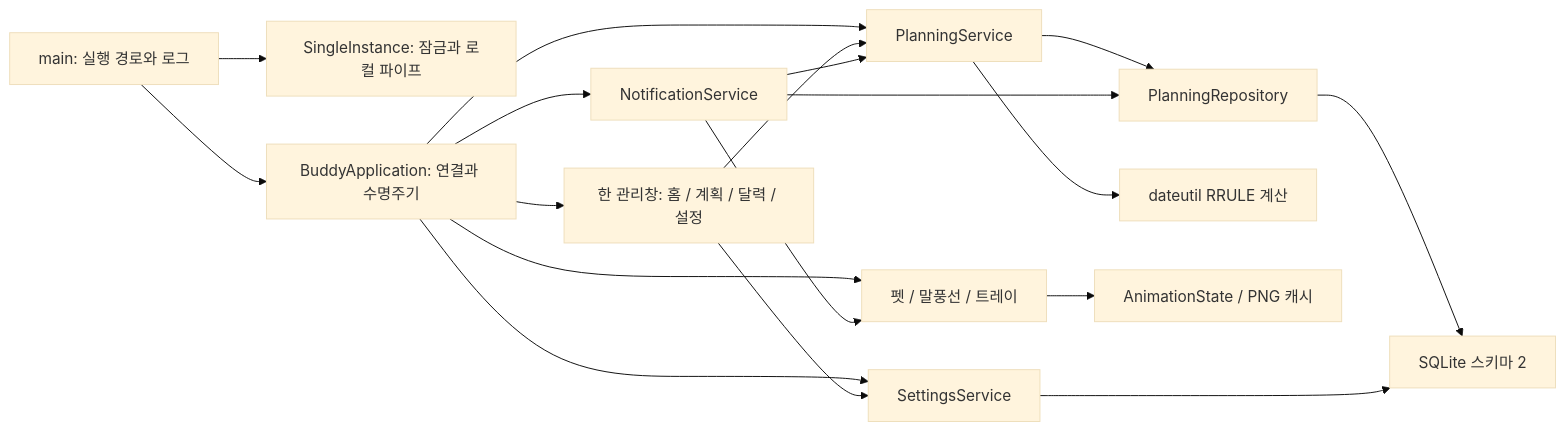
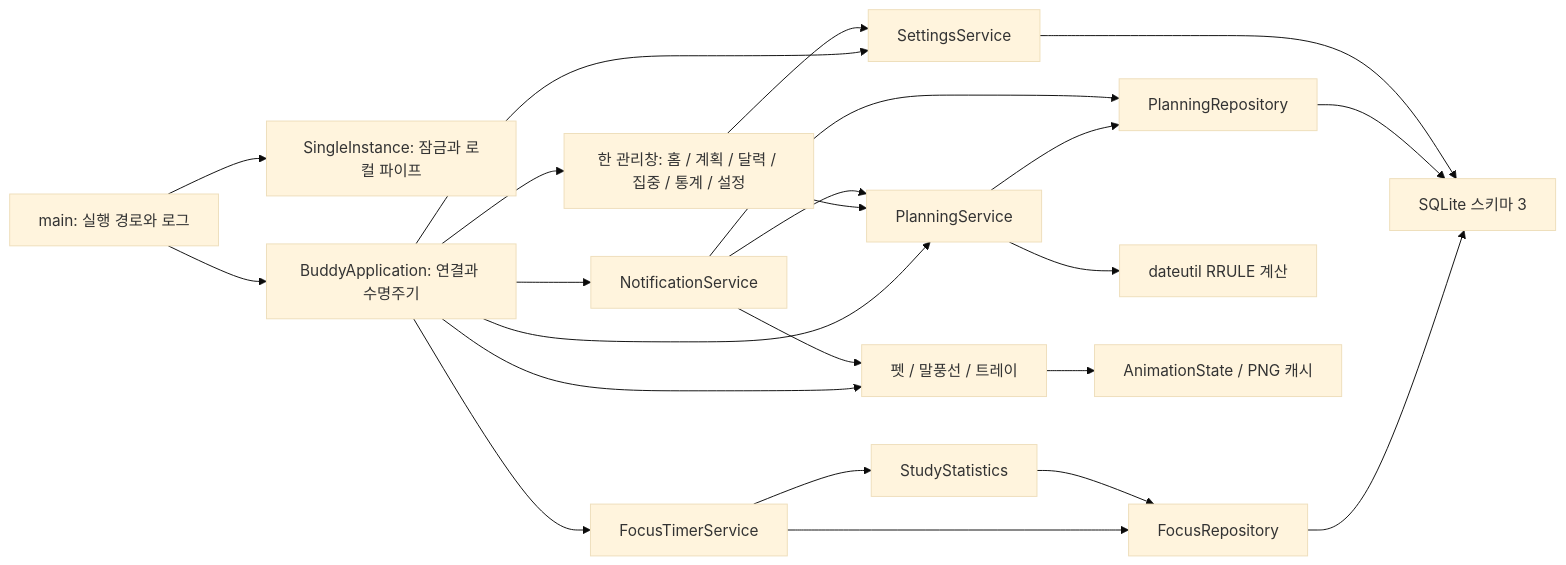
The diagram in ARCHITECTURE.md (ksmin4347/Chiikawa_buddy), drawn with Mermaid (base theme) before and after one commit. The commit also changed other lines of this file and 21 other files, not shown here.

````diff
--- a/ARCHITECTURE.md
+++ b/ARCHITECTURE.md
@@ -5,20 +5,25 @@
 ```mermaid
 flowchart LR
     Main[main: 실행 경로와 로그] --> Guard[SingleInstance: 잠금과 로컬 파이프]
     Main --> App[BuddyApplication: 연결과 수명주기]
     App --> Settings[SettingsService]
     App --> Planning[PlanningService]
     App --> Notifications[NotificationService]
-    App --> Views[한 관리창: 홈 / 계획 / 달력 / 설정]
+    App --> Focus[FocusTimerService]
+    Focus --> Stats[StudyStatistics]
+    Focus --> FocusRepo[FocusRepository]
+    Stats --> FocusRepo
+    FocusRepo --> DB
+    App --> Views[한 관리창: 홈 / 계획 / 달력 / 집중 / 통계 / 설정]
     App --> Pet[펫 / 말풍선 / 트레이]
     Views --> Settings
     Views --> Planning
     Planning --> Repo[PlanningRepository]
-    Repo --> DB[SQLite 스키마 2]
+    Repo --> DB[SQLite 스키마 3]
     Settings --> DB
     Notifications --> Planning
     Notifications --> Repo
     Notifications --> Pet
     Planning --> Repeat[dateutil RRULE 계산]
     Pet --> Animation[AnimationState / PNG 캐시]
 ```
````
